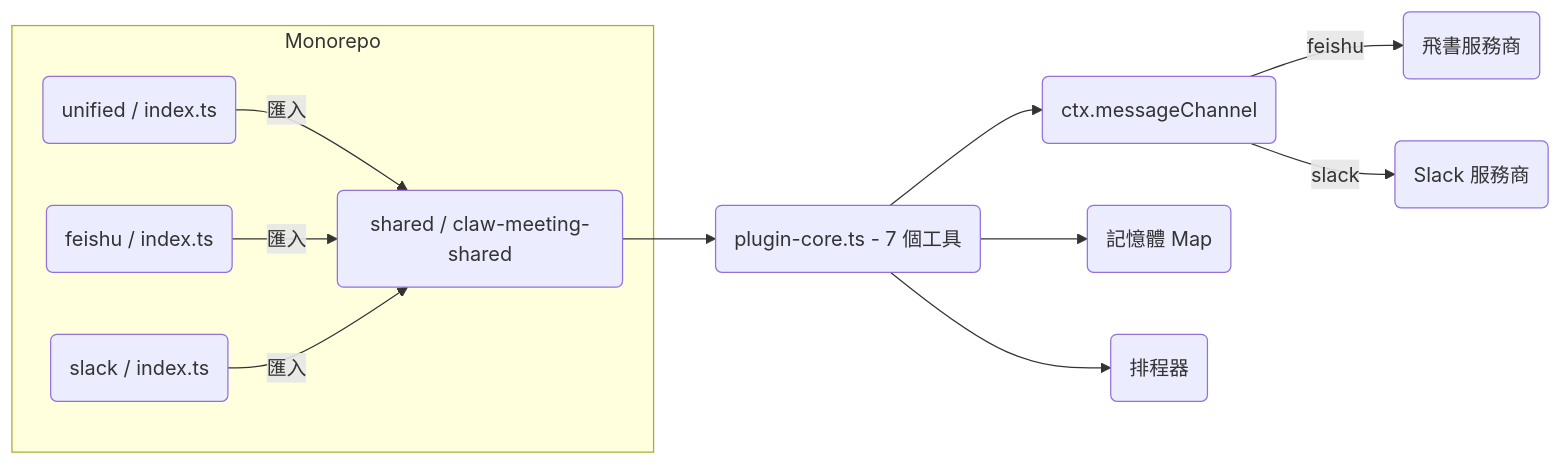
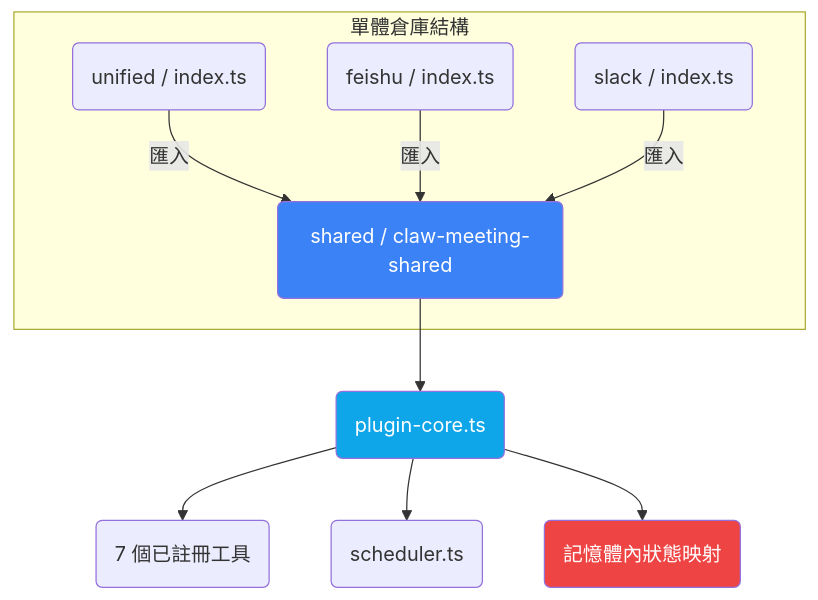
The first of 13 diagrams in README.zh-TW.md (javana3/claw_meeting_all), drawn with Mermaid before and after one commit. The commit also changed other lines of this file and 4 other files, not shown here.

First line of the commit message:
docs: rewrite all 5 READMEs with detailed Plugin/Skill flow + diff

````diff
--- a/README.zh-TW.md
+++ b/README.zh-TW.md
@@ -53,20 +31,22 @@
 ```mermaid
-graph LR
-    subgraph "Monorepo"
+graph TD
+    subgraph "單體倉庫結構"
         SHARED(shared / claw-meeting-shared)
         UNI(unified / index.ts)
         FEI(feishu / index.ts)
         SLK(slack / index.ts)
     end
 
     UNI -->|匯入| SHARED
     FEI -->|匯入| SHARED
     SLK -->|匯入| SHARED
 
-    SHARED --> CORE(plugin-core.ts - 7 個工具)
-    CORE --> ROUTER(ctx.messageChannel)
-    ROUTER -->|feishu| LP(飛書服務商)
-    ROUTER -->|slack| SP(Slack 服務商)
-    CORE --> MEM(記憶體 Map)
-    CORE --> SCH(排程器)
+    SHARED --> CORE(plugin-core.ts)
+    CORE --> TOOLS(7 個已註冊工具)
+    CORE --> SCHED(scheduler.ts)
+    CORE --> STATE(記憶體內狀態映射)
+
+    style SHARED fill:#3b82f6,color:#fff
+    style CORE fill:#0ea5e9,color:#fff
+    style STATE fill:#ef4444,color:#fff
 ```
````
